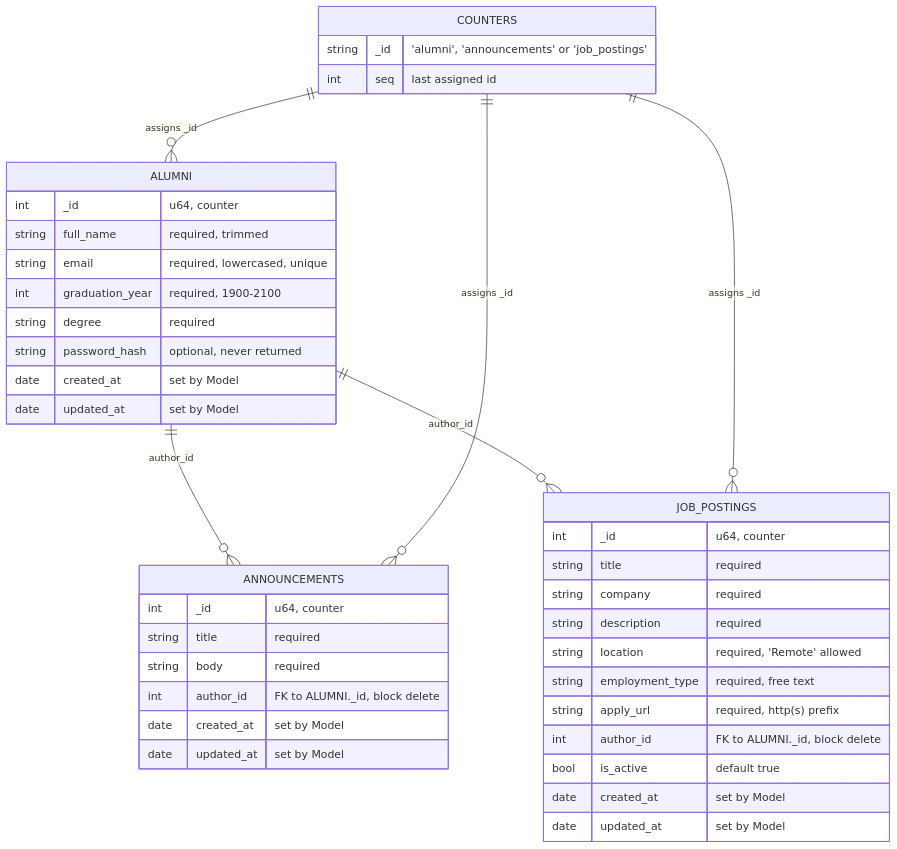
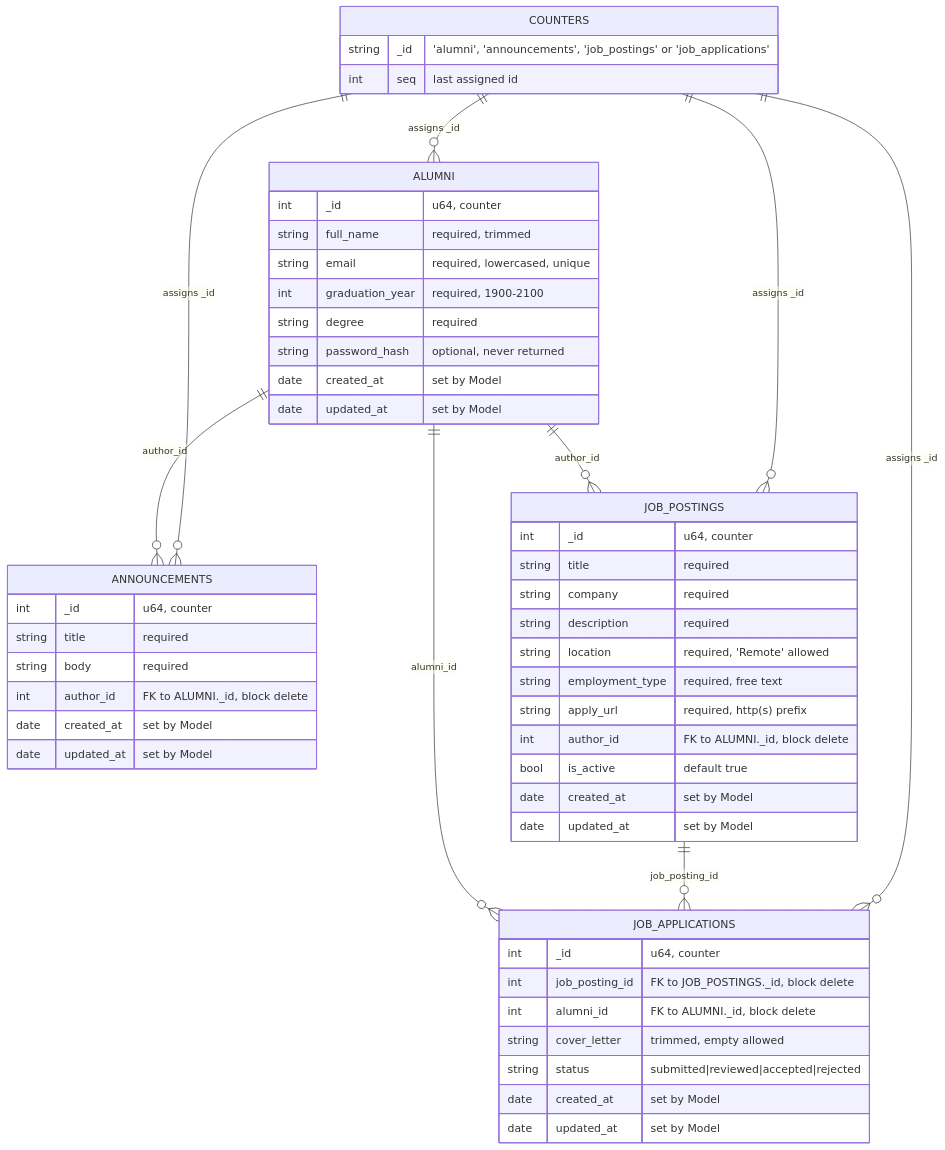
One commit to Berbadov/alumni changed the diagram in docs/ddd.md. Above: the diagram before and after it, drawn with Mermaid. The commit also changed other lines of this file and 59 other files, not shown here.

Commit message:
feat: add job applications and Leptos frontend

````diff
--- a/docs/ddd.md
+++ b/docs/ddd.md
@@ -222,43 +265,55 @@
 ```mermaid
 erDiagram
     ALUMNI {
         int _id "u64, counter"
         string full_name "required, trimmed"
         string email "required, lowercased, unique"
         int graduation_year "required, 1900-2100"
         string degree "required"
         string password_hash "optional, never returned"
         date created_at "set by Model"
         date updated_at "set by Model"
     }
     ANNOUNCEMENTS {
         int _id "u64, counter"
         string title "required"
         string body "required"
         int author_id "FK to ALUMNI._id, block delete"
         date created_at "set by Model"
         date updated_at "set by Model"
     }
     JOB_POSTINGS {
         int _id "u64, counter"
         string title "required"
         string company "required"
         string description "required"
         string location "required, 'Remote' allowed"
         string employment_type "required, free text"
         string apply_url "required, http(s) prefix"
         int author_id "FK to ALUMNI._id, block delete"
         bool is_active "default true"
         date created_at "set by Model"
         date updated_at "set by Model"
     }
+    JOB_APPLICATIONS {
+        int _id "u64, counter"
+        int job_posting_id "FK to JOB_POSTINGS._id, block delete"
+        int alumni_id "FK to ALUMNI._id, block delete"
+        string cover_letter "trimmed, empty allowed"
+        string status "submitted|reviewed|accepted|rejected"
+        date created_at "set by Model"
+        date updated_at "set by Model"
+    }
     COUNTERS {
-        string _id "'alumni', 'announcements' or 'job_postings'"
+        string _id "'alumni', 'announcements', 'job_postings' or 'job_applications'"
         int seq "last assigned id"
     }
     ALUMNI ||--o{ ANNOUNCEMENTS : "author_id"
     ALUMNI ||--o{ JOB_POSTINGS : "author_id"
+    ALUMNI ||--o{ JOB_APPLICATIONS : "alumni_id"
+    JOB_POSTINGS ||--o{ JOB_APPLICATIONS : "job_posting_id"
     COUNTERS ||--o{ ALUMNI : "assigns _id"
     COUNTERS ||--o{ ANNOUNCEMENTS : "assigns _id"
     COUNTERS ||--o{ JOB_POSTINGS : "assigns _id"
+    COUNTERS ||--o{ JOB_APPLICATIONS : "assigns _id"
 ```
````
